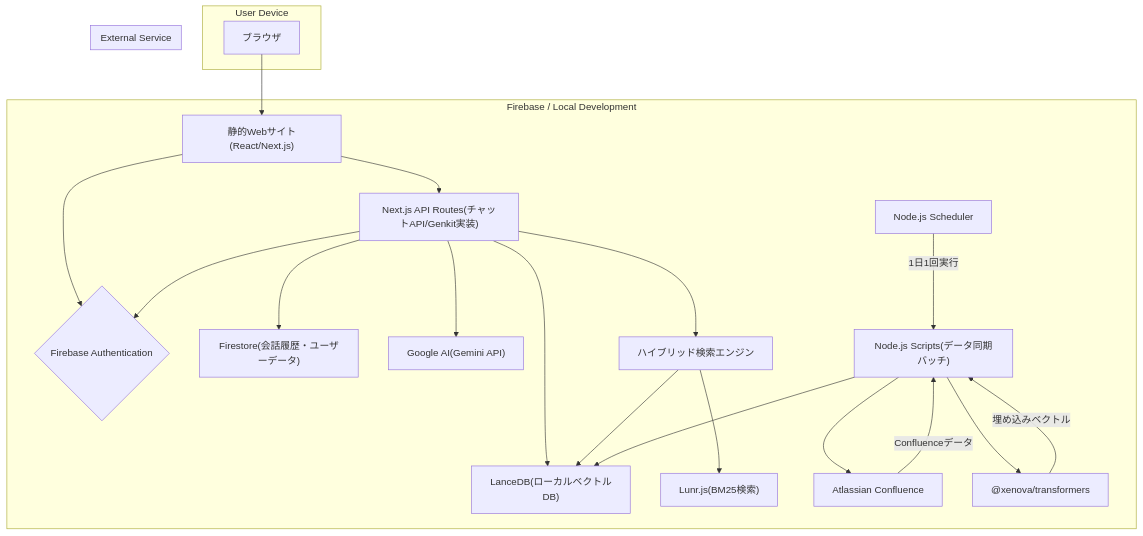
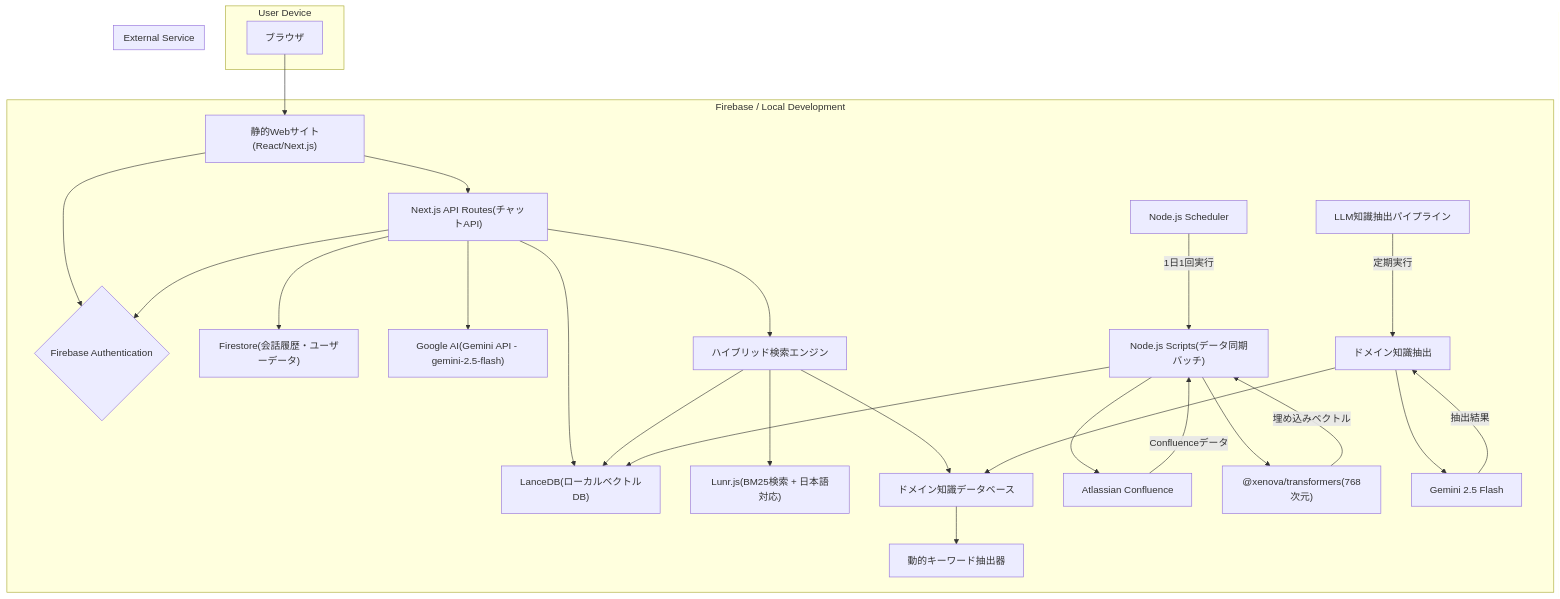
Before and after one commit to gucchon001/Confluence_firebase: the diagram in docs/spec.md, drawn with Mermaid. The commit also changed other lines of this file and 14 other files, not shown here.

````diff
--- a/docs/spec.md
+++ b/docs/spec.md
@@ -52,30 +62,37 @@
 ```mermaid
 graph TD
     subgraph User Device
         A[ブラウザ]
     end
 
     subgraph Firebase / Local Development
         B[Firebase Hosting] --> C{Firebase Authentication}
         A --> B["静的Webサイト(React/Next.js)"]
-        B --> D["Next.js API Routes(チャットAPI/Genkit実装)"]
+        B --> D["Next.js API Routes(チャットAPI)"]
         D --> C
         D --> E["Firestore(会話履歴・ユーザーデータ)"]
-        D --> F["Google AI(Gemini API)"]
+        D --> F["Google AI(Gemini API - gemini-2.5-flash)"]
         D --> G["LanceDB(ローカルベクトルDB)"]
         D --> L["ハイブリッド検索エンジン"]
         L --> G
-        L --> M["Lunr.js(BM25検索)"]
+        L --> M["Lunr.js(BM25検索 + 日本語対応)"]
+        L --> N["ドメイン知識データベース"]
+        N --> O["動的キーワード抽出器"]
 
         H["Node.js Scheduler"] -- 1日1回実行 --> I["Node.js Scripts(データ同期バッチ)"]
         I --> J["Atlassian API"]
         J -- Confluenceデータ --> I
-        I --> K["@xenova/transformers"]
+        I --> K["@xenova/transformers(768次元)"]
         K -- 埋め込みベクトル --> I
         I --> G
+        
+        P["LLM知識抽出パイプライン"] -- 定期実行 --> Q["ドメイン知識抽出"]
+        Q --> R["Gemini 2.5 Flash"]
+        R -- 抽出結果 --> Q
+        Q --> N
     end
 
     subgraph External Service
         J["Atlassian Confluence"]
     end
 ```
````
